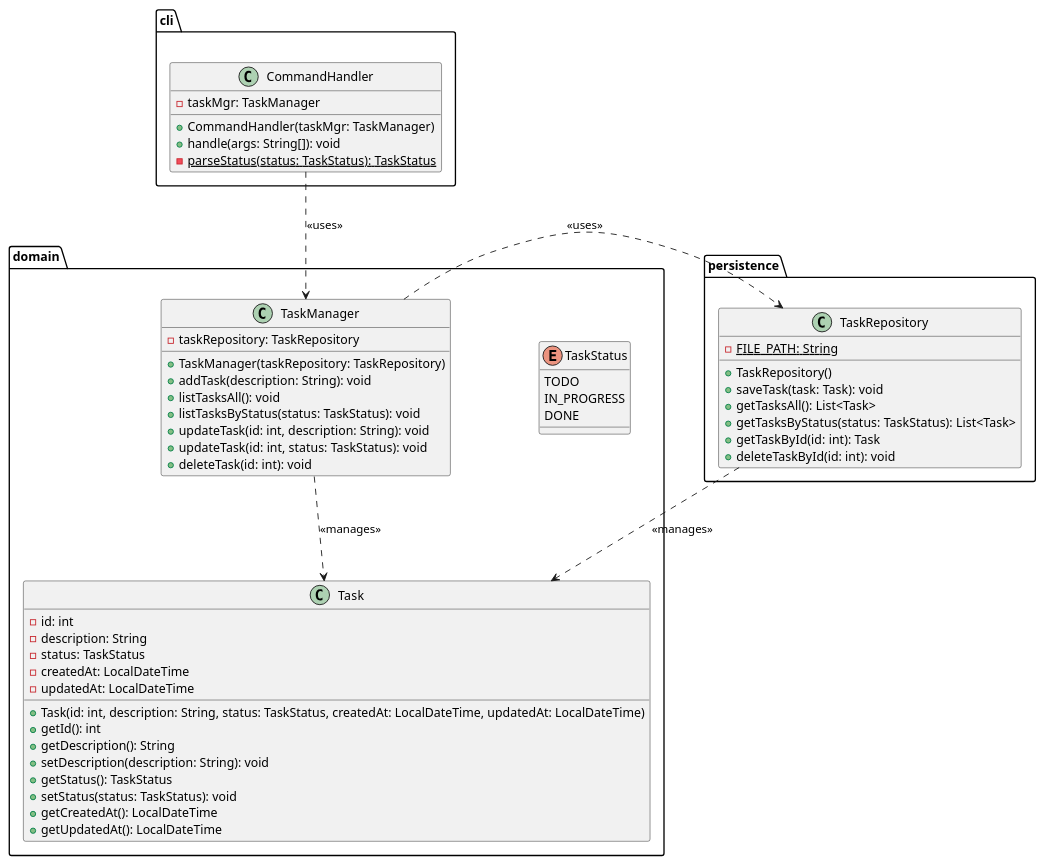
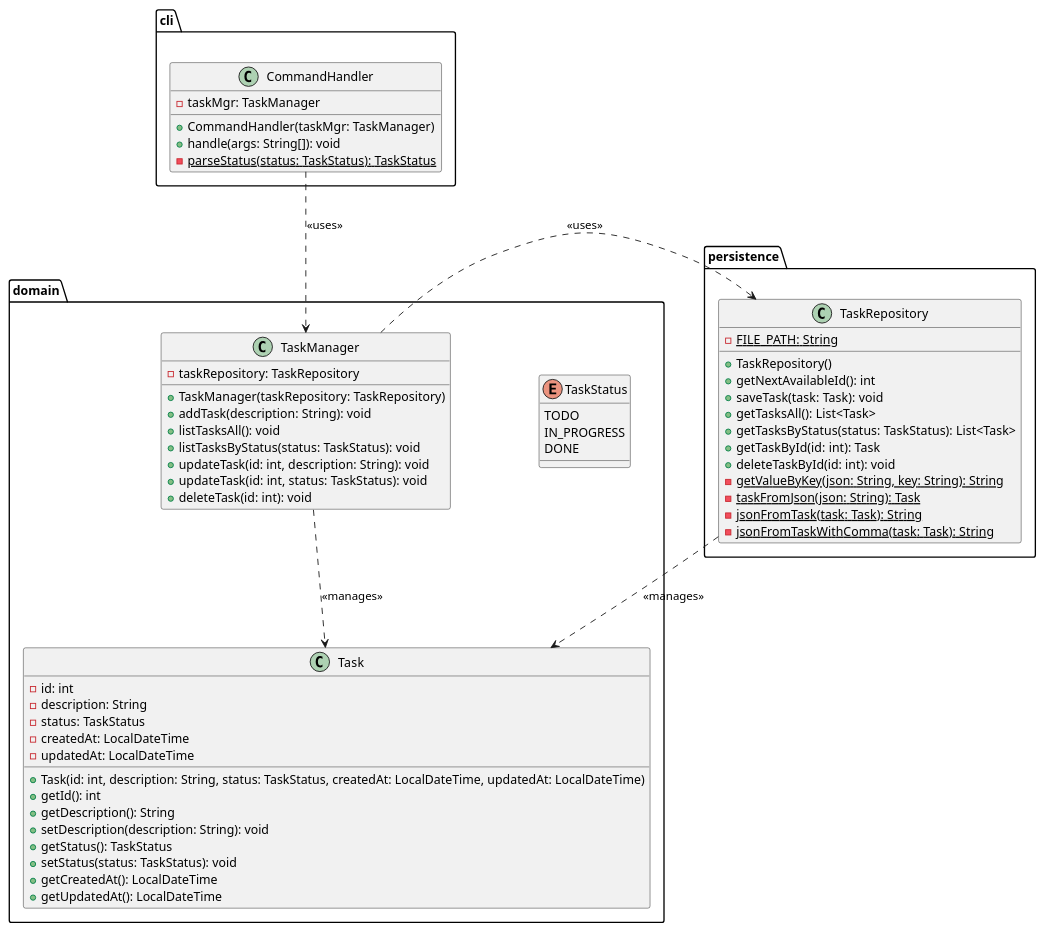
Before and after one commit to mmistika/task-cli: the diagram in uml/uml.puml, drawn with PlantUML.

Commit message:
docs: add helper methods to the TaskRepository

```diff
--- a/uml/uml.puml
+++ b/uml/uml.puml
@@ -1,67 +1,72 @@
 @startuml
 
 skinparam ranksep 100
 skinparam nodesep 100
 
 package "cli" {
     class CommandHandler {
         - taskMgr: TaskManager
         + CommandHandler(taskMgr: TaskManager)
         + handle(args: String[]): void
         - {static} parseStatus(status: TaskStatus): TaskStatus
     }
 }
 
 package "domain" {
     enum TaskStatus {
         TODO
         IN_PROGRESS
         DONE
     }
 
     class Task {
         - id: int
         - description: String
         - status: TaskStatus
         - createdAt: LocalDateTime
         - updatedAt: LocalDateTime
         + Task(id: int, description: String, status: TaskStatus, createdAt: LocalDateTime, updatedAt: LocalDateTime)
         + getId(): int
         + getDescription(): String
         + setDescription(description: String): void
         + getStatus(): TaskStatus
         + setStatus(status: TaskStatus): void
         + getCreatedAt(): LocalDateTime
         + getUpdatedAt(): LocalDateTime
     }
 
     class TaskManager {
         - taskRepository: TaskRepository
         + TaskManager(taskRepository: TaskRepository)
         + addTask(description: String): void
         + listTasksAll(): void
         + listTasksByStatus(status: TaskStatus): void
         + updateTask(id: int, description: String): void
         + updateTask(id: int, status: TaskStatus): void
         + deleteTask(id: int): void
     }
 }
 
 package "persistence" {
     class TaskRepository {
         - {static} FILE_PATH: String
         + TaskRepository()
+        + getNextAvailableId(): int
         + saveTask(task: Task): void
         + getTasksAll(): List<Task>
         + getTasksByStatus(status: TaskStatus): List<Task>
         + getTaskById(id: int): Task
         + deleteTaskById(id: int): void
+        - {static} getValueByKey(json: String, key: String): String
+        - {static} taskFromJson(json: String): Task
+        - {static} jsonFromTask(task: Task): String
+        - {static} jsonFromTaskWithComma(task: Task): String
     }
 }
 
 CommandHandler ..> TaskManager : <<uses>>
 TaskManager ..> Task : <<manages>>
 TaskManager ..> TaskRepository : <<uses>>
 TaskRepository ..> Task : <<manages>>
 
 @enduml
```
